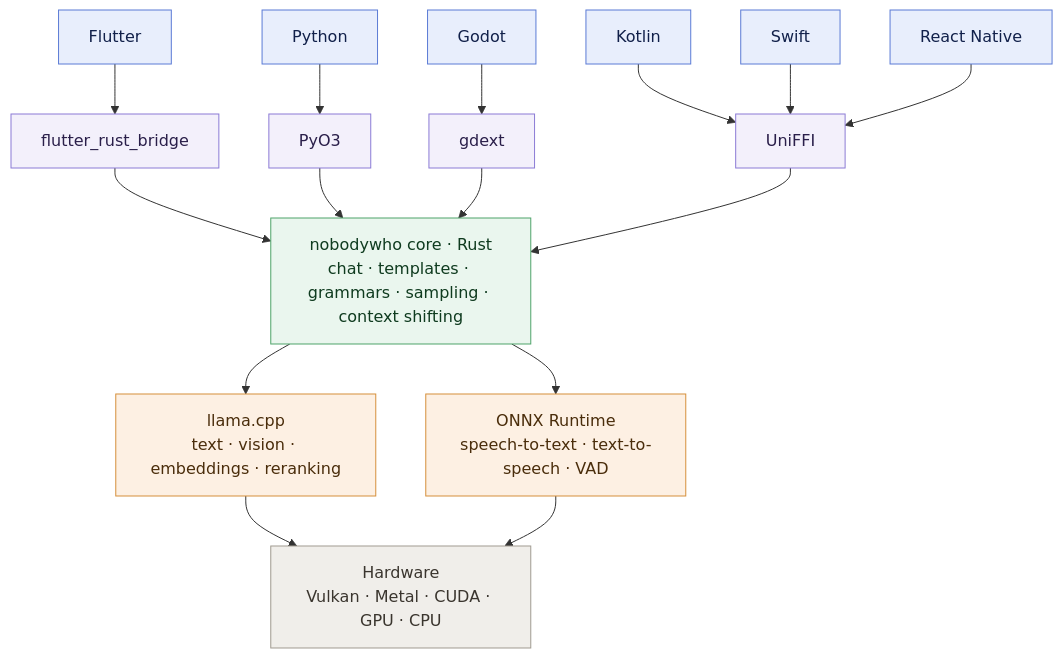
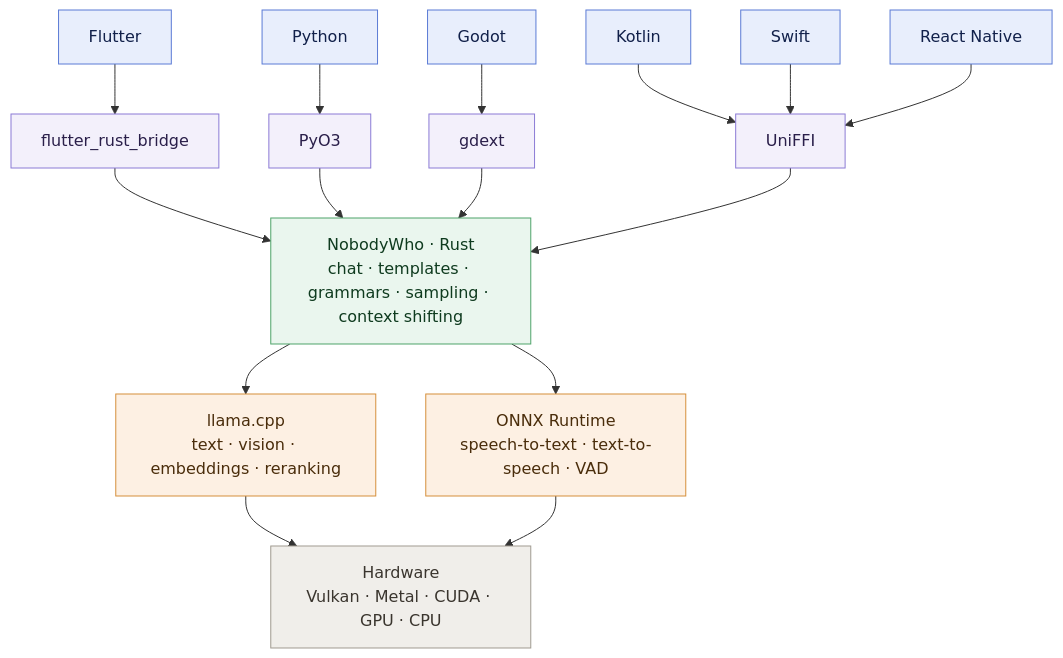
Before and after one commit to pielouNW/test-readme: the diagram in README.md, drawn with Mermaid.

````diff
--- a/README.md
+++ b/README.md
@@ -35,40 +35,40 @@
 ```mermaid
 flowchart TD
     FL["Flutter"]:::lang
     PY["Python"]:::lang
     GO["Godot"]:::lang
     K["Kotlin"]:::lang
     S["Swift"]:::lang
     RN["React Native"]:::lang
 
     FRB["flutter_rust_bridge"]:::glue
     P3["PyO3"]:::glue
     GX["gdext"]:::glue
     U["UniFFI"]:::glue
 
     FL --> FRB
     PY --> P3
     GO --> GX
     K --> U
     S --> U
     RN --> U
 
-    CORE["nobodywho core · Rust<br/>chat · templates · grammars · sampling · context shifting"]:::core
+    CORE["NobodyWho · Rust<br/>chat · templates · grammars · sampling · context shifting"]:::core
 
     FRB --> CORE
     P3 --> CORE
     GX --> CORE
     U --> CORE
 
     CORE --> LCPP["llama.cpp<br/>text · vision · embeddings · reranking"]:::engine
     CORE --> ORT["ONNX Runtime<br/>speech-to-text · text-to-speech · VAD"]:::engine
 
     LCPP --> HW["Hardware<br/>Vulkan · Metal · CUDA · GPU · CPU"]:::hw
     ORT --> HW
 
     classDef lang fill:#e8eefc,stroke:#5b7bd5,color:#11204a
     classDef glue fill:#f3f0fb,stroke:#8b7bd5,color:#2a1f4a
     classDef core fill:#eaf6ee,stroke:#4fa46a,color:#0f3b1f
     classDef engine fill:#fdf0e3,stroke:#d58f3b,color:#4a2d0b
     classDef hw fill:#f0eeea,stroke:#a09a90,color:#3a352e
 ```
````
